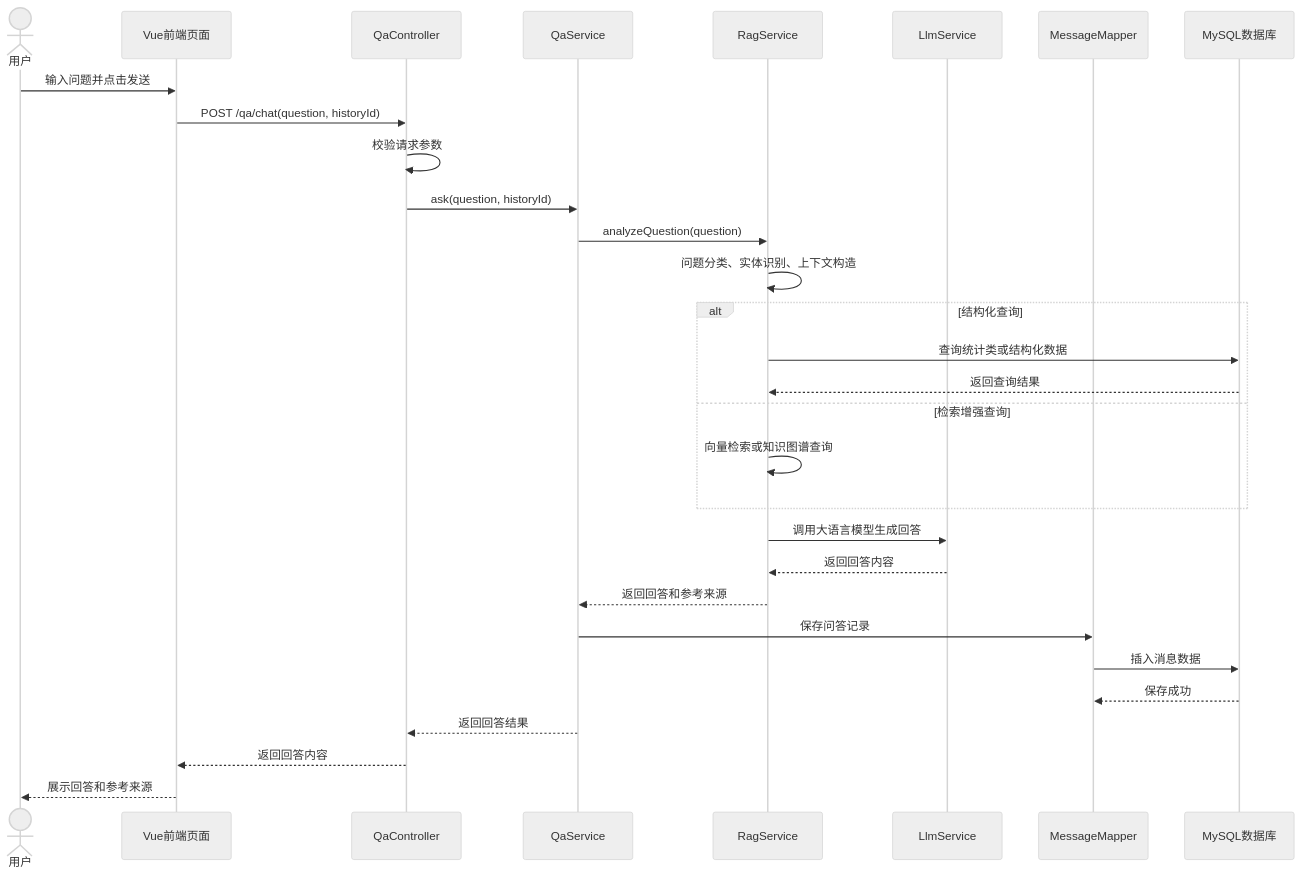
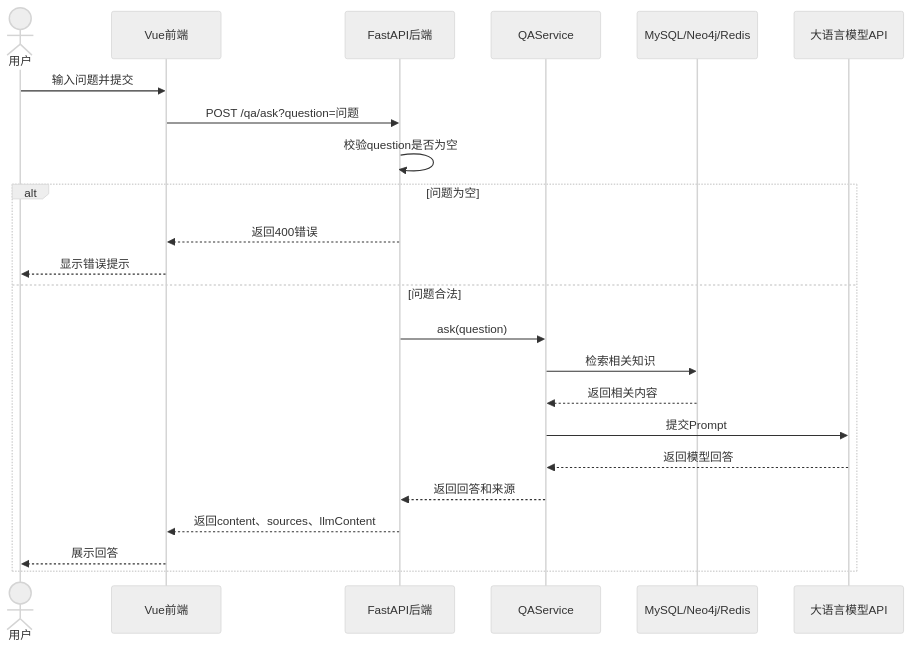
Before and after one commit to BUCT-CS2301/QAsystem: the sixth of 6 diagrams in documents/需求规格说明书.md, drawn with Mermaid (neutral theme). The commit also changed other lines of this file and 1 other file, not shown here.

````diff
--- a/documents/需求规格说明书.md
+++ b/documents/需求规格说明书.md
@@ -602,38 +732,27 @@
 ```mermaid
 sequenceDiagram
     actor 用户
-    participant 前端页面 as Vue前端页面
-    participant QaController as QaController
-    participant QaService as QaService
-    participant RagService as RagService
-    participant LlmService as LlmService
-    participant MessageMapper as MessageMapper
-    participant MySQL as MySQL数据库
+    participant 前端 as Vue前端
+    participant 后端 as FastAPI后端
+    participant QA as QAService
+    participant 数据源 as MySQL/Neo4j/Redis
+    participant 模型 as 大语言模型API
 
-    用户->>前端页面: 输入问题并点击发送
-    前端页面->>QaController: POST /qa/chat(question, historyId)
-    QaController->>QaController: 校验请求参数
-    QaController->>QaService: ask(question, historyId)
+    用户->>前端: 输入问题并提交
+    前端->>后端: POST /qa/ask?question=问题
+    后端->>后端: 校验question是否为空
 
-    QaService->>RagService: analyzeQuestion(question)
-    RagService->>RagService: 问题分类、实体识别、上下文构造
-
-    alt 结构化查询
-        RagService->>MySQL: 查询统计类或结构化数据
-        MySQL-->>RagService: 返回查询结果
-    else 检索增强查询
-        RagService->>RagService: 向量检索或知识图谱查询
+    alt 问题为空
+        后端-->>前端: 返回400错误
+        前端-->>用户: 显示错误提示
+    else 问题合法
+        后端->>QA: ask(question)
+        QA->>数据源: 检索相关知识
+        数据源-->>QA: 返回相关内容
+        QA->>模型: 提交Prompt
+        模型-->>QA: 返回模型回答
+        QA-->>后端: 返回回答和来源
+        后端-->>前端: 返回content、sources、llmContent
+        前端-->>用户: 展示回答
     end
-
-    RagService->>LlmService: 调用大语言模型生成回答
-    LlmService-->>RagService: 返回回答内容
-
-    RagService-->>QaService: 返回回答和参考来源
-    QaService->>MessageMapper: 保存问答记录
-    MessageMapper->>MySQL: 插入消息数据
-    MySQL-->>MessageMapper: 保存成功
-
-    QaService-->>QaController: 返回回答结果
-    QaController-->>前端页面: 返回回答内容
-    前端页面-->>用户: 展示回答和参考来源
 ```
````
